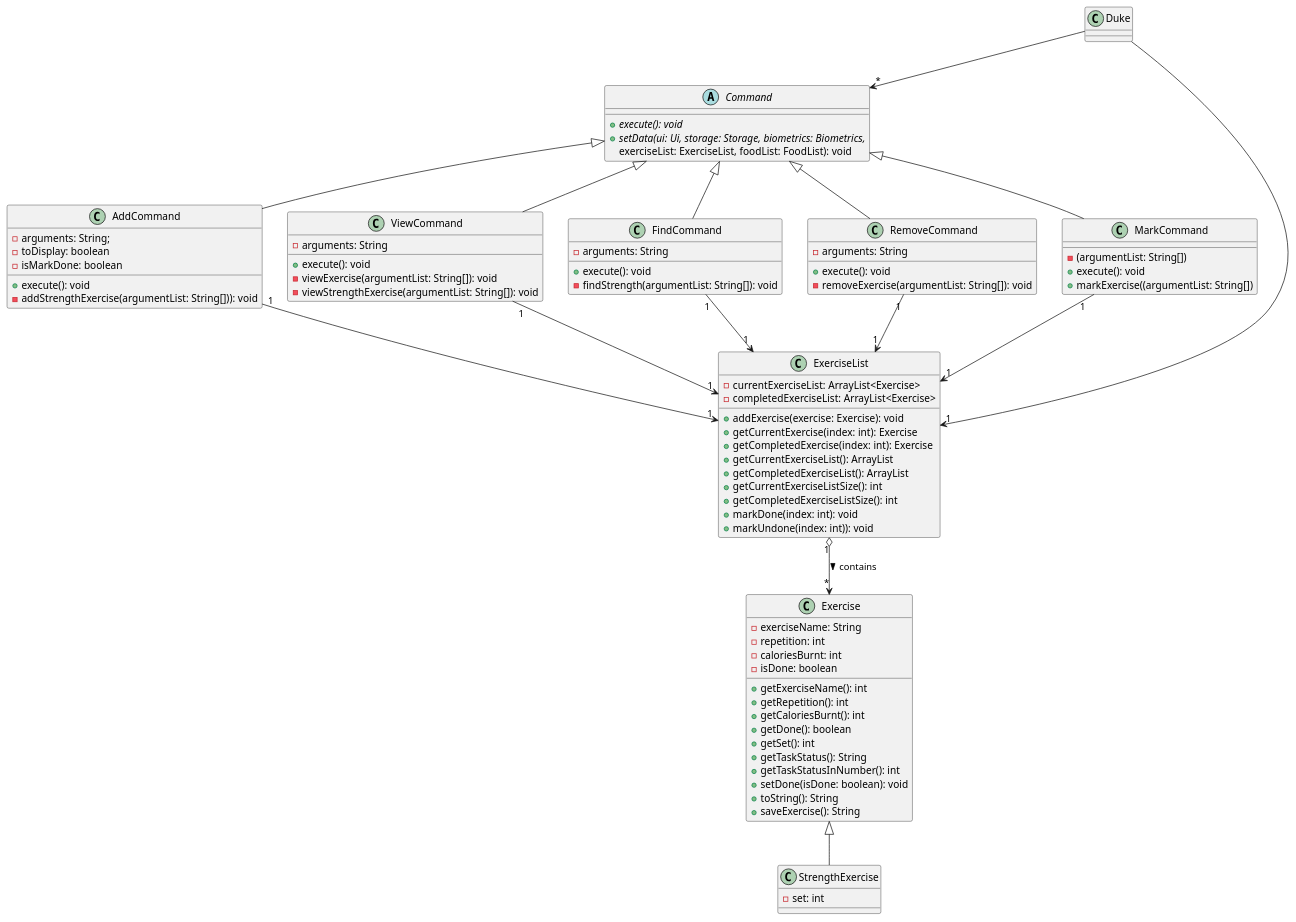
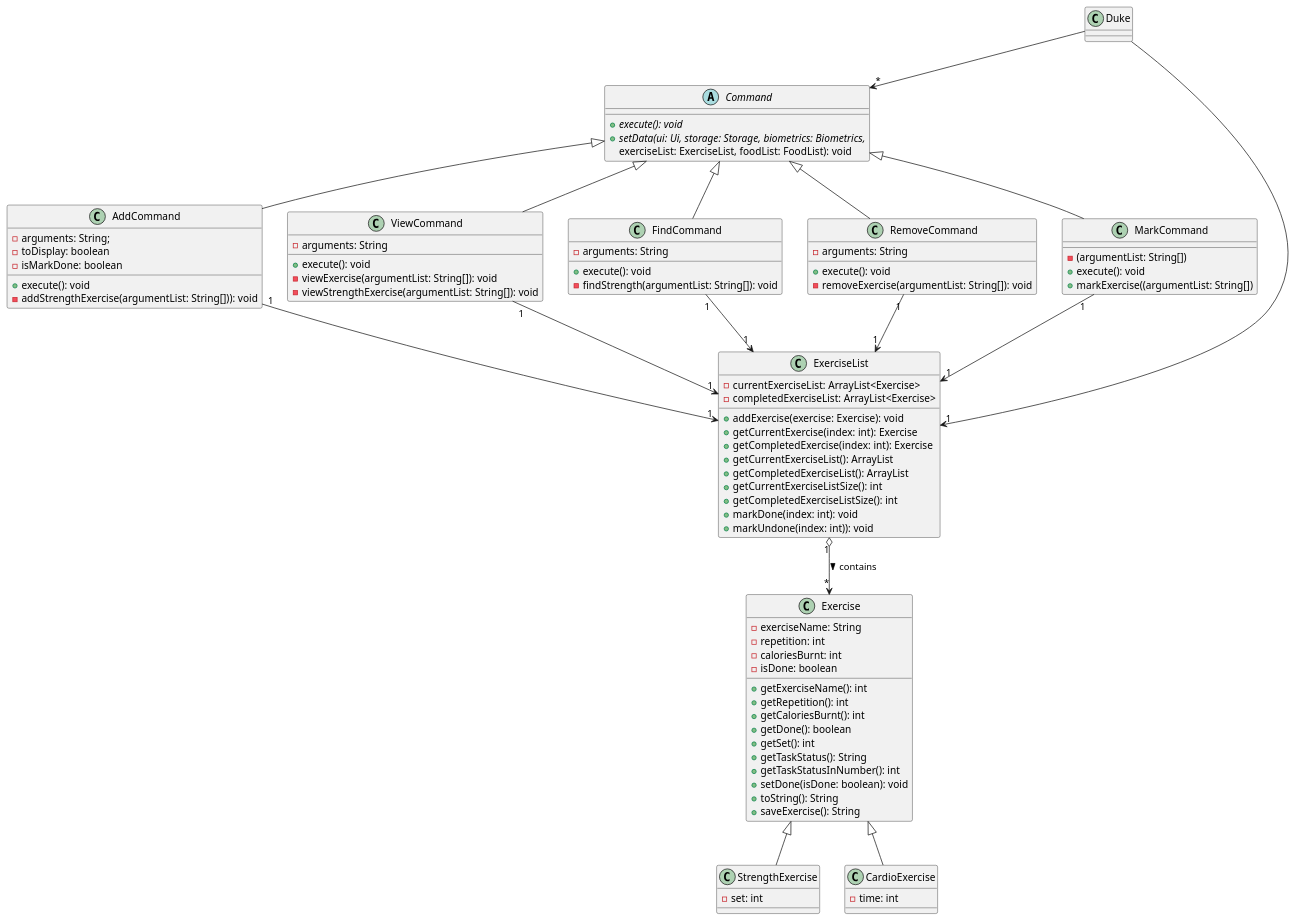
Before and after one commit to nus-cs2113-AY2223S1/tp: the diagram in docs/UmlDiagrams/StrengthExercise.puml, drawn with PlantUML. The commit also changed 1 other file, not shown here.

Commit message:
added CardioExercise

```diff
--- a/docs/UmlDiagrams/StrengthExercise.puml
+++ b/docs/UmlDiagrams/StrengthExercise.puml
@@ -1,94 +1,99 @@
 @startuml
 'https://plantuml.com/class-diagram
 
 abstract class Command {
 {abstract} +execute(): void
 {abstract} +setData(ui: Ui, storage: Storage, biometrics: Biometrics,
 exerciseList: ExerciseList, foodList: FoodList): void
 }
 
 class ExerciseList {
 -currentExerciseList: ArrayList<Exercise>
 -completedExerciseList: ArrayList<Exercise>
 +addExercise(exercise: Exercise): void
 +getCurrentExercise(index: int): Exercise
 +getCompletedExercise(index: int): Exercise
 +getCurrentExerciseList(): ArrayList
 +getCompletedExerciseList(): ArrayList
 +getCurrentExerciseListSize(): int
 +getCompletedExerciseListSize(): int
 +markDone(index: int): void
 +markUndone(index: int)): void
 }
 
 class Exercise {
 -exerciseName: String
 -repetition: int
 -caloriesBurnt: int
 -isDone: boolean
 +getExerciseName(): int
 +getRepetition(): int
 +getCaloriesBurnt(): int
 +getDone(): boolean
 +getSet(): int
 +getTaskStatus(): String
 +getTaskStatusInNumber(): int
 +setDone(isDone: boolean): void
 +toString(): String
 +saveExercise(): String
 }
 
 class StrengthExercise {
 -set: int
 }
 
+class CardioExercise{
+-time: int
+}
+
 class AddCommand {
 -arguments: String;
 -toDisplay: boolean
 -isMarkDone: boolean
 +execute(): void
 -addStrengthExercise(argumentList: String[])): void
 }
 
 class ViewCommand {
 -arguments: String
 +execute(): void
 -viewExercise(argumentList: String[]): void
 -viewStrengthExercise(argumentList: String[]): void
 }
 
 class FindCommand {
 -arguments: String
 +execute(): void
 -findStrength(argumentList: String[]): void
 }
 
 class RemoveCommand {
 -arguments: String
 +execute(): void
 -removeExercise(argumentList: String[]): void
 }
 
 class MarkCommand {
 -(argumentList: String[])
 +execute(): void
 +markExercise((argumentList: String[])
 }
 
 Duke --> "1"ExerciseList
 Duke --> "*"Command
 Command <|-- AddCommand
 Command <|-- MarkCommand
 Command <|-- ViewCommand
 Command <|-- RemoveCommand
 Command <|-- FindCommand
 ExerciseList "1" o--> "*"Exercise : contains >
 Exercise <|-- StrengthExercise
+Exercise <|-- CardioExercise
 AddCommand "1"--> "1"ExerciseList
 MarkCommand "1"--> "1"ExerciseList
 ViewCommand "1"--> "1"ExerciseList
 RemoveCommand "1"--> "1"ExerciseList
 FindCommand "1"--> "1"ExerciseList
 
 
 @enduml
```
